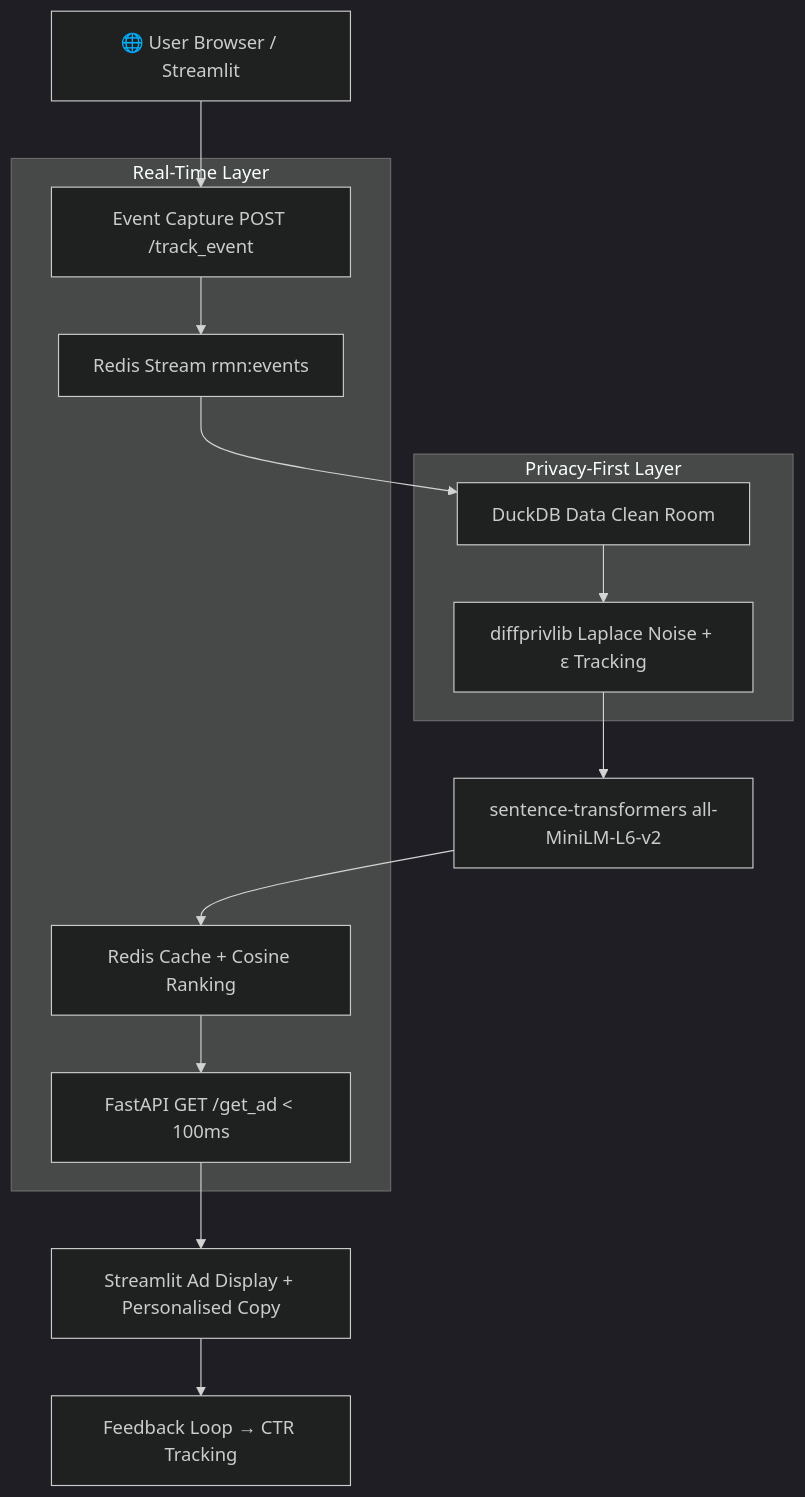
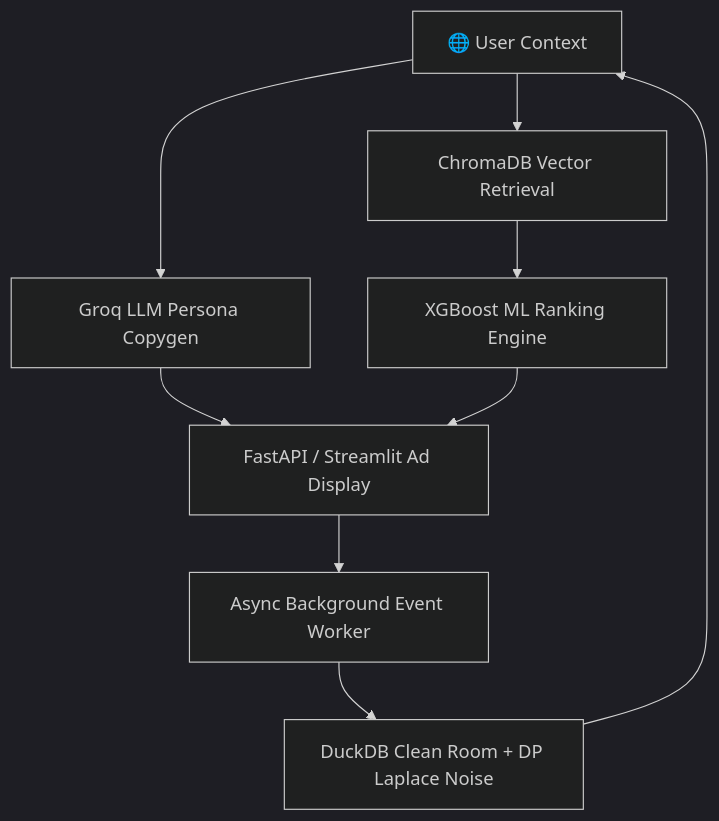
Before and after one commit to shubham0915/rmn-shyftlabs: the diagram in README.md, drawn with Mermaid (dark theme). The commit also changed other lines of this file and 9 other files, not shown here.

Commit message:
🚀 Massive Release: Full ML + LLM + Chroma + DuckDB Architecture deployed

````diff
--- a/README.md
+++ b/README.md
@@ -40,23 +40,11 @@
 ```mermaid
 graph TD
-    A[🌐 User Browser / Streamlit] --> B[Event Capture POST /track_event]
-    B --> C[Redis Stream rmn:events]
-    C --> D[DuckDB Data Clean Room]
-    D --> E[diffprivlib Laplace Noise + ε Tracking]
-    E --> F[sentence-transformers all-MiniLM-L6-v2]
-    F --> G[Redis Cache + Cosine Ranking]
-    G --> H[FastAPI GET /get_ad < 100ms]
-    H --> I[Streamlit Ad Display + Personalised Copy]
-    I --> J[Feedback Loop → CTR Tracking]
-
-    subgraph Privacy-First Layer
-        D
-        E
-    end
-    subgraph Real-Time Layer
-        B
-        C
-        G
-        H
-    end
+    A[🌐 User Context] --> B[ChromaDB Vector Retrieval]
+    A --> C[Groq LLM Persona Copygen]
+    B --> D[XGBoost ML Ranking Engine]
+    C --> E[FastAPI / Streamlit Ad Display]
+    D --> E
+    E --> F[Async Background Event Worker]
+    F --> G[DuckDB Clean Room + DP Laplace Noise]
+    G --> A
 ```
````
